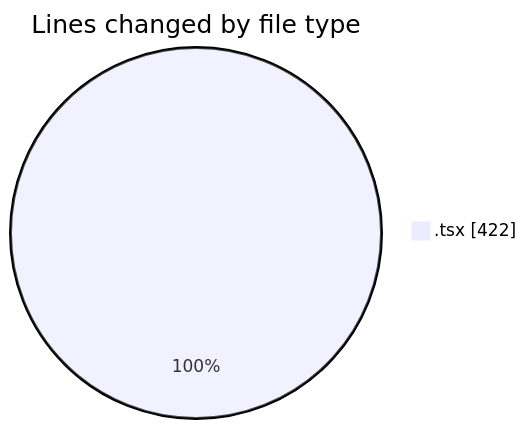
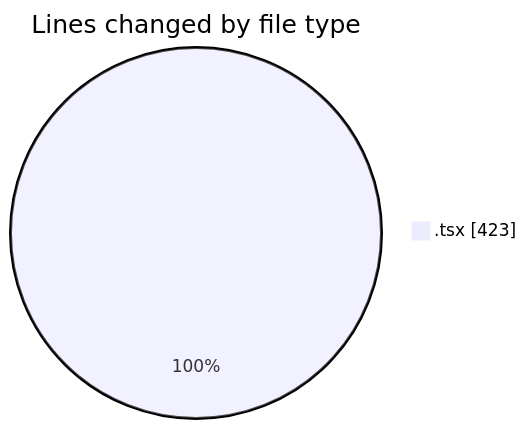
Before and after one commit to nxtqubesakshisongat/code-tracking: the first of 2 diagrams in 2026-07-12/nxtqube_webapp/README.md, drawn with Mermaid. The commit also changed other lines of this file and 1 other file, not shown here.

````diff
--- a/2026-07-12/nxtqube_webapp/README.md
+++ b/2026-07-12/nxtqube_webapp/README.md
@@ -21,5 +21,5 @@
 ```mermaid
 pie showData
 title Lines changed by file type
-".tsx" : 422
+".tsx" : 423
 ```
````
